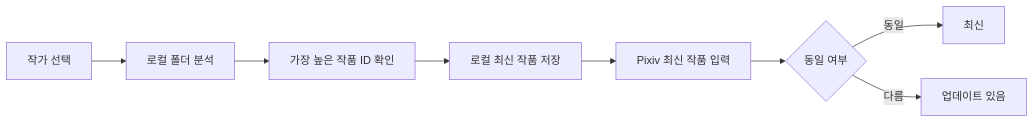
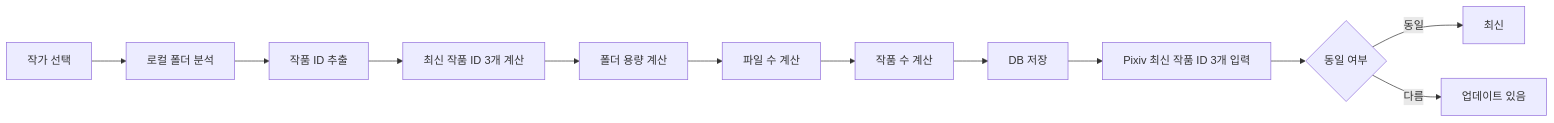
Before and after one commit to PKT0623/PixivLocalManager: the fifth of 10 diagrams in docs/03_SYSTEM_FLOW.md, drawn with Mermaid. The commit also changed other lines of this file and 3 other files, not shown here.

````diff
--- a/docs/03_SYSTEM_FLOW.md
+++ b/docs/03_SYSTEM_FLOW.md
@@ -88,19 +96,27 @@
 ```mermaid
 flowchart LR
 
 A[작가 선택]
 
 A --> B[로컬 폴더 분석]
 
-B --> C[가장 높은 작품 ID 확인]
+B --> C[작품 ID 추출]
 
-C --> D[로컬 최신 작품 저장]
+C --> D[최신 작품 ID 3개 계산]
 
-D --> E[Pixiv 최신 작품 입력]
+D --> E[폴더 용량 계산]
 
-E --> F{동일 여부}
+E --> F[파일 수 계산]
 
-F -- 동일 --> G[최신]
+F --> G[작품 수 계산]
 
-F -- 다름 --> H[업데이트 있음]
+G --> H[DB 저장]
+
+H --> I[Pixiv 최신 작품 ID 3개 입력]
+
+I --> J{동일 여부}
+
+J -- 동일 --> K[최신]
+
+J -- 다름 --> L[업데이트 있음]
 ```
````
